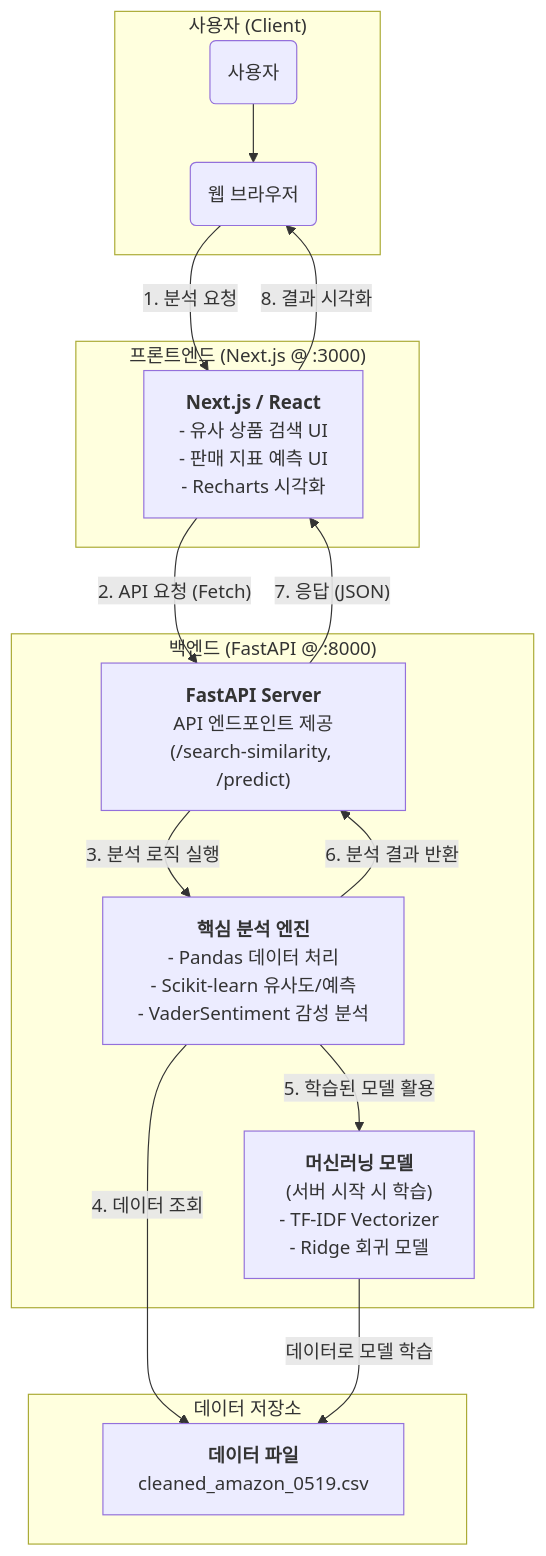
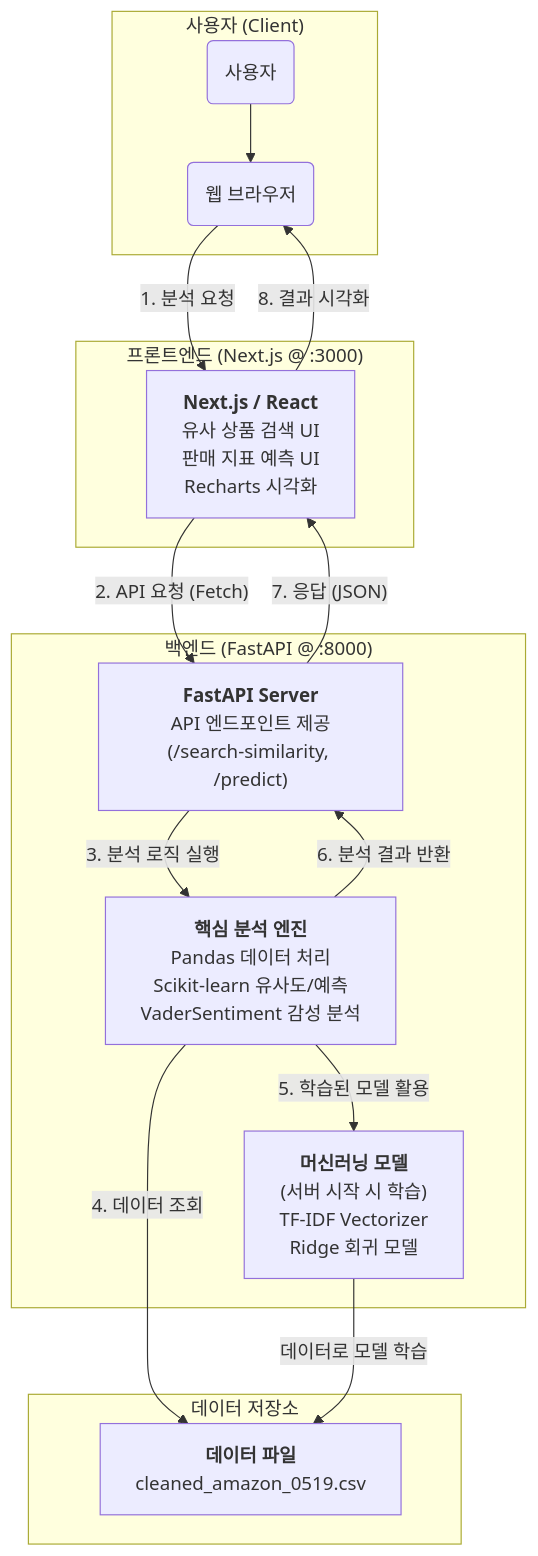
One commit to Jiyeon125/Rmazon_v0 changed the first of 2 diagrams in README.md. Above: the diagram before and after it, drawn with Mermaid.

Commit message:
Docs: README 다이어그램 렌더링 오류 수정

````diff
--- a/README.md
+++ b/README.md
@@ -49,30 +49,30 @@
 ```mermaid
 graph TD;
     subgraph "사용자 (Client)";
         User("사용자") --> Browser("웹 브라우저");
     end;
 
     subgraph "프론트엔드 (Next.js @ :3000)";
-        FE["<b>Next.js / React</b><br/>- 유사 상품 검색 UI<br/>- 판매 지표 예측 UI<br/>- Recharts 시각화"];
+        FE["<b>Next.js / React</b><br/>유사 상품 검색 UI<br/>판매 지표 예측 UI<br/>Recharts 시각화"];
     end;
 
     subgraph "백엔드 (FastAPI @ :8000)";
         API["<b>FastAPI Server</b><br/>API 엔드포인트 제공<br/>(/search-similarity, /predict)"];
-        Engine["<b>핵심 분석 엔진</b><br/>- Pandas 데이터 처리<br/>- Scikit-learn 유사도/예측<br/>- VaderSentiment 감성 분석"];
-        Models["<b>머신러닝 모델</b><br/>(서버 시작 시 학습)<br/>- TF-IDF Vectorizer<br/>- Ridge 회귀 모델"];
+        Engine["<b>핵심 분석 엔진</b><br/>Pandas 데이터 처리<br/>Scikit-learn 유사도/예측<br/>VaderSentiment 감성 분석"];
+        Models["<b>머신러닝 모델</b><br/>(서버 시작 시 학습)<br/>TF-IDF Vectorizer<br/>Ridge 회귀 모델"];
     end;
     
     subgraph "데이터 저장소";
          Data["<B>데이터 파일</B><br/>cleaned_amazon_0519.csv"];
     end;
 
     Browser -- "1. 분석 요청" --> FE;
     FE -- "2. API 요청 (Fetch)" --> API;
     API -- "3. 분석 로직 실행" --> Engine;
     Engine -- "4. 데이터 조회" --> Data;
     Engine -- "5. 학습된 모델 활용" --> Models;
     Models -- "데이터로 모델 학습" --> Data;
     Engine -- "6. 분석 결과 반환" --> API;
     API -- "7. 응답 (JSON)" --> FE;
     FE -- "8. 결과 시각화" --> Browser;
 ```
````
